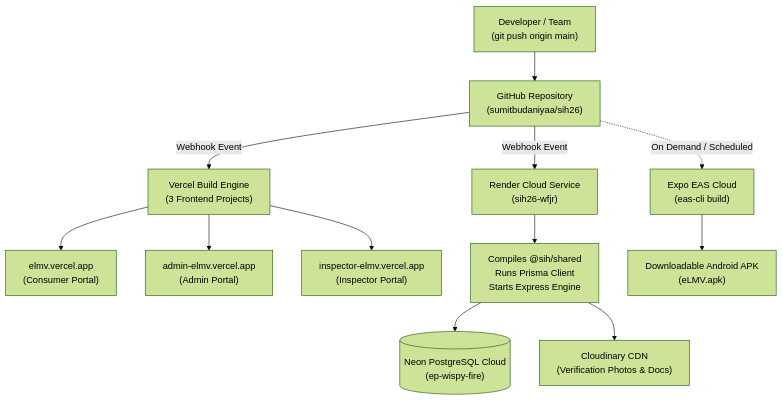
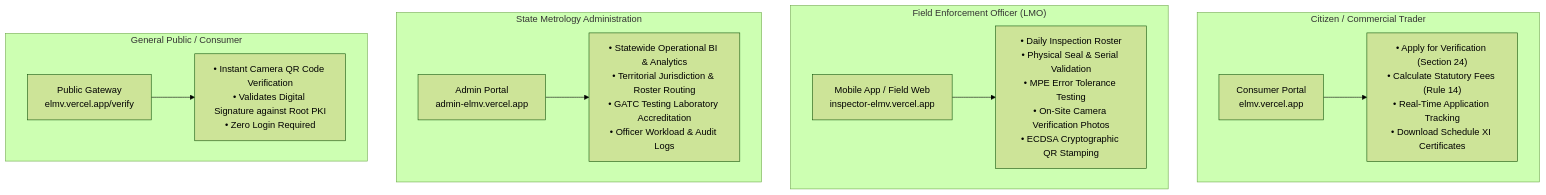
Before and after one commit to sumitbudaniyaa/eLMV: the first of 2 diagrams in README.md, drawn with Mermaid (forest theme). The commit also changed other lines of this file, not shown here.

Commit message:
docs(readme): focus on technical architecture, application uses, persona workflows, and statutory specs

````diff
--- a/README.md
+++ b/README.md
@@ -32,18 +30,18 @@
 ```mermaid
 flowchart TD
-    A["Developer / Team\n(git push origin main)"] --> B["GitHub Repository\n(sumitbudaniyaa/sih26)"]
-    
-    B -->|"Webhook Event"| C["Vercel Build Engine\n(3 Frontend Projects)"]
-    C --> C1["elmv.vercel.app\n(Consumer Portal)"]
-    C --> C2["admin-elmv.vercel.app\n(Admin Portal)"]
-    C --> C3["inspector-elmv.vercel.app\n(Inspector Portal)"]
+    subgraph P1["Citizen / Commercial Trader"]
+        U1["Consumer Portal\nelmv.vercel.app"] --> F1["• Apply for Verification (Section 24)\n• Calculate Statutory Fees (Rule 14)\n• Real-Time Application Tracking\n• Download Schedule XI Certificates"]
+    end
 
-    B -->|"Webhook Event"| D["Render Cloud Service\n(sih26-wfjr)"]
-    D --> D1["Compiles @sih/shared\nRuns Prisma Client\nStarts Express Engine"]
-    
-    D1 --> E[("Neon PostgreSQL Cloud\n(ep-wispy-fire)")]
-    D1 --> F["Cloudinary CDN\n(Verification Photos & Docs)"]
-    
-    B -.->|"On Demand / Scheduled"| G["Expo EAS Cloud\n(eas-cli build)"]
-    G --> H["Downloadable Android APK\n(eLMV.apk)"]
+    subgraph P2["Field Enforcement Officer (LMO)"]
+        U2["Mobile App / Field Web\ninspector-elmv.vercel.app"] --> F2["• Daily Inspection Roster\n• Physical Seal & Serial Validation\n• MPE Error Tolerance Testing\n• On-Site Camera Verification Photos\n• ECDSA Cryptographic QR Stamping"]
+    end
+
+    subgraph P3["State Metrology Administration"]
+        U3["Admin Portal\nadmin-elmv.vercel.app"] --> F3["• Statewide Operational BI & Analytics\n• Territorial Jurisdiction & Roster Routing\n• GATC Testing Laboratory Accreditation\n• Officer Workload & Audit Logs"]
+    end
+
+    subgraph P4["General Public / Consumer"]
+        U4["Public Gateway\nelmv.vercel.app/verify"] --> F4["• Instant Camera QR Code Verification\n• Validates Digital Signature against Root PKI\n• Zero Login Required"]
+    end
 ```
````
